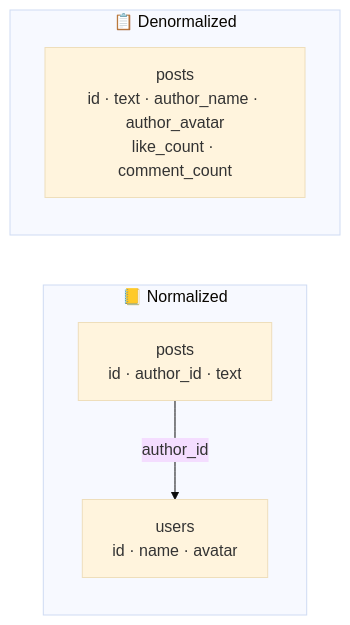
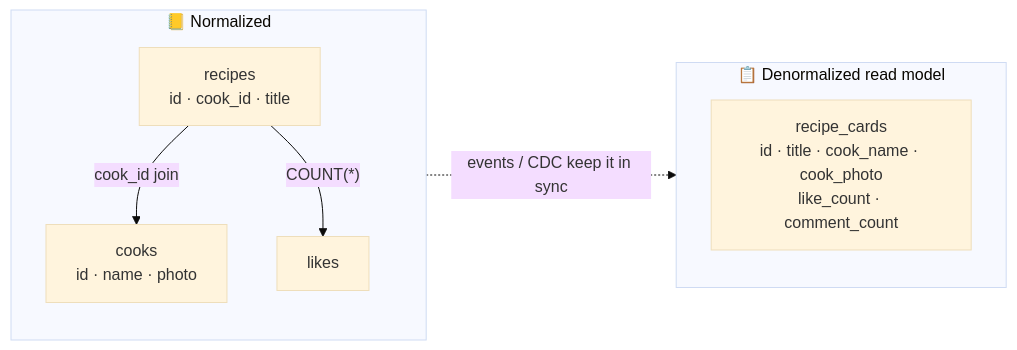
One commit to winnyboy5/System-Design-from-Atoms changed the diagram in phases/05-databases/039-normalization-vs-denormalization.md. Above: the diagram before and after it, drawn with Mermaid (base theme). The commit also changed other lines of this file and 11 other files, not shown here.

````diff
--- a/phases/05-databases/039-normalization-vs-denormalization.md
+++ b/phases/05-databases/039-normalization-vs-denormalization.md
@@ -26,9 +36,11 @@
 ```mermaid
 flowchart LR
     subgraph N["📒 Normalized"]
-        P["posts<br/>id · author_id · text"] -->|"author_id"| U["users<br/>id · name · avatar"]
+        P["recipes<br/>id · cook_id · title"] -->|"cook_id join"| U["cooks<br/>id · name · photo"]
+        P -->|"COUNT(*)"| L["likes"]
     end
-    subgraph D["📋 Denormalized"]
-        P2["posts<br/>id · text · author_name · author_avatar<br/>like_count · comment_count"]
+    subgraph D["📋 Denormalized read model"]
+        P2["recipe_cards<br/>id · title · cook_name · cook_photo<br/>like_count · comment_count"]
     end
+    N -. "events / CDC keep it in sync" .-> D
 ```
````
